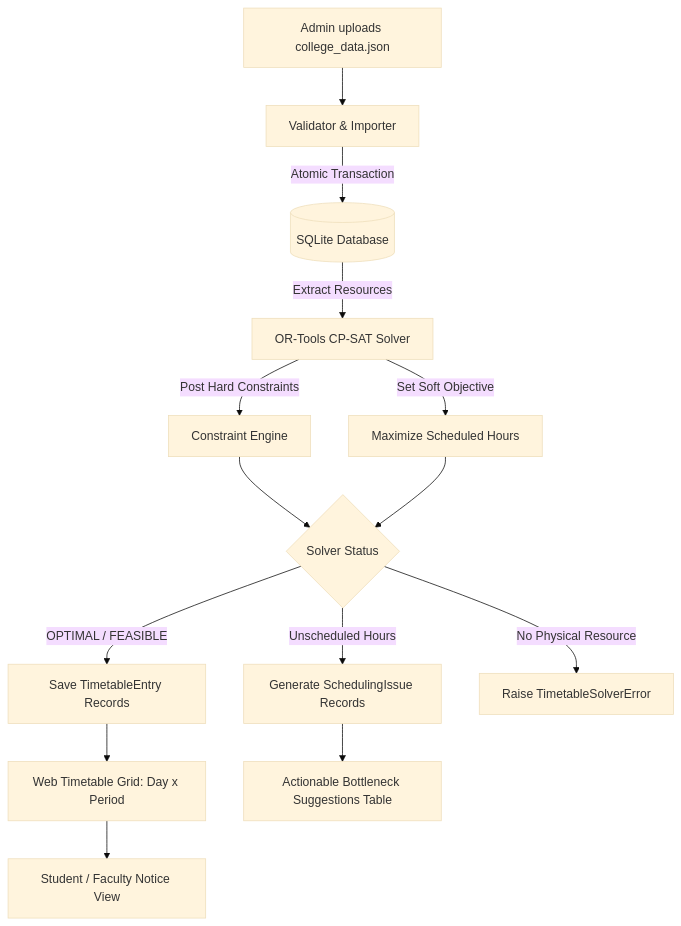
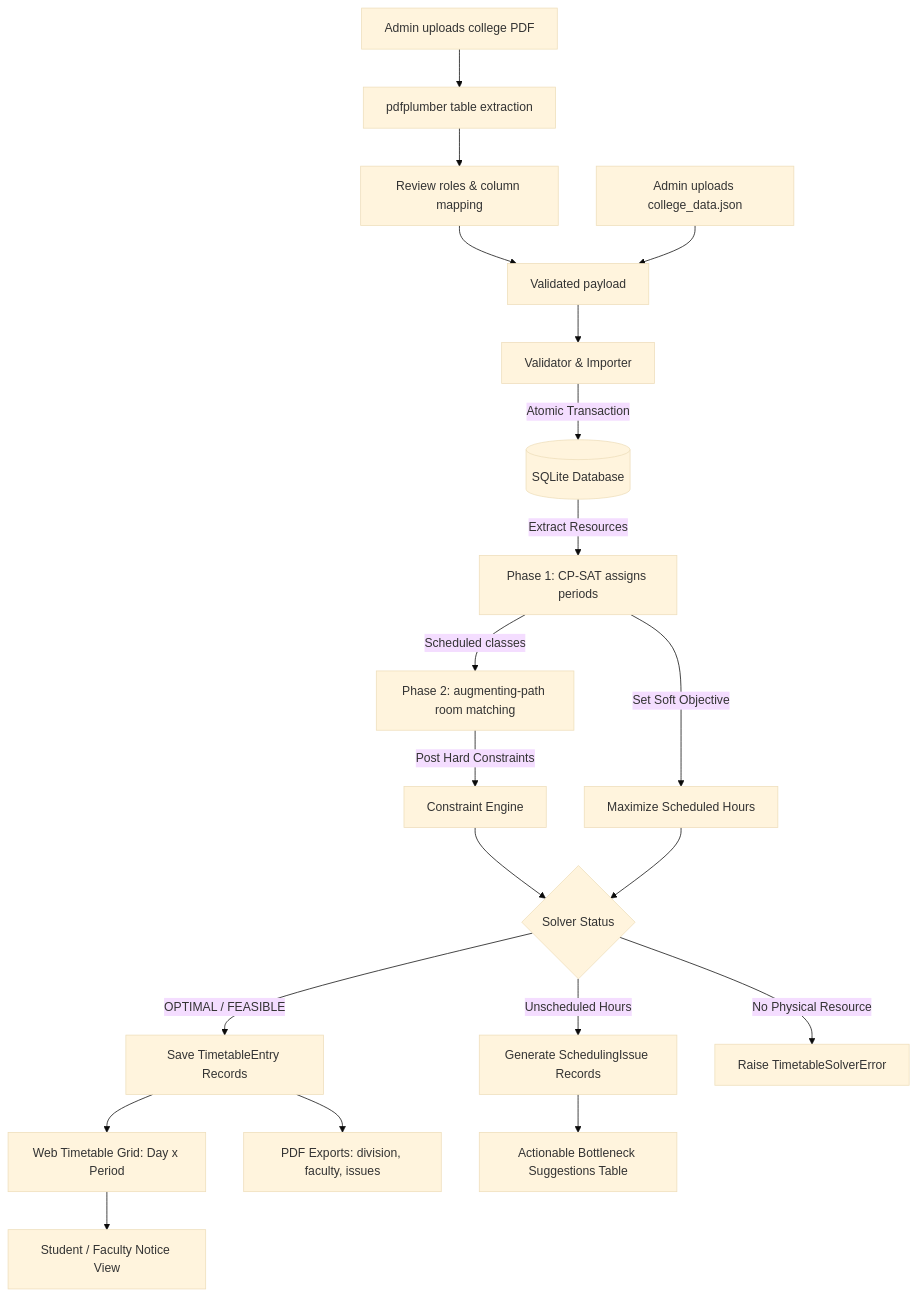
The diagram in README.md (AyushSalvi1/EDI-Project), drawn with Mermaid (base theme) before and after one commit. The commit also changed other lines of this file and 43 other files, not shown here.

````diff
--- a/README.md
+++ b/README.md
@@ -144,16 +155,22 @@
 ```mermaid
 graph TD
-    A[Admin uploads college_data.json] --> B[Validator & Importer]
+    A0[Admin uploads college PDF] --> A1[pdfplumber table extraction]
+    A1 --> A2[Review roles & column mapping]
+    A2 --> A[Validated payload]
+    A3[Admin uploads college_data.json] --> A
+    A --> B[Validator & Importer]
     B -->|Atomic Transaction| C[(SQLite Database)]
-    C -->|Extract Resources| D[OR-Tools CP-SAT Solver]
-    D -->|Post Hard Constraints| E[Constraint Engine]
+    C -->|Extract Resources| D[Phase 1: CP-SAT assigns periods]
+    D -->|Scheduled classes| D2[Phase 2: augmenting-path room matching]
+    D2 -->|Post Hard Constraints| E[Constraint Engine]
     D -->|Set Soft Objective| F[Maximize Scheduled Hours]
     E --> G{Solver Status}
     F --> G
     G -->|OPTIMAL / FEASIBLE| H[Save TimetableEntry Records]
     G -->|Unscheduled Hours| I[Generate SchedulingIssue Records]
     G -->|No Physical Resource| J[Raise TimetableSolverError]
     H --> K[Web Timetable Grid: Day x Period]
+    H --> N[PDF Exports: division, faculty, issues]
     I --> L[Actionable Bottleneck Suggestions Table]
     K --> M[Student / Faculty Notice View]
 ```
````
